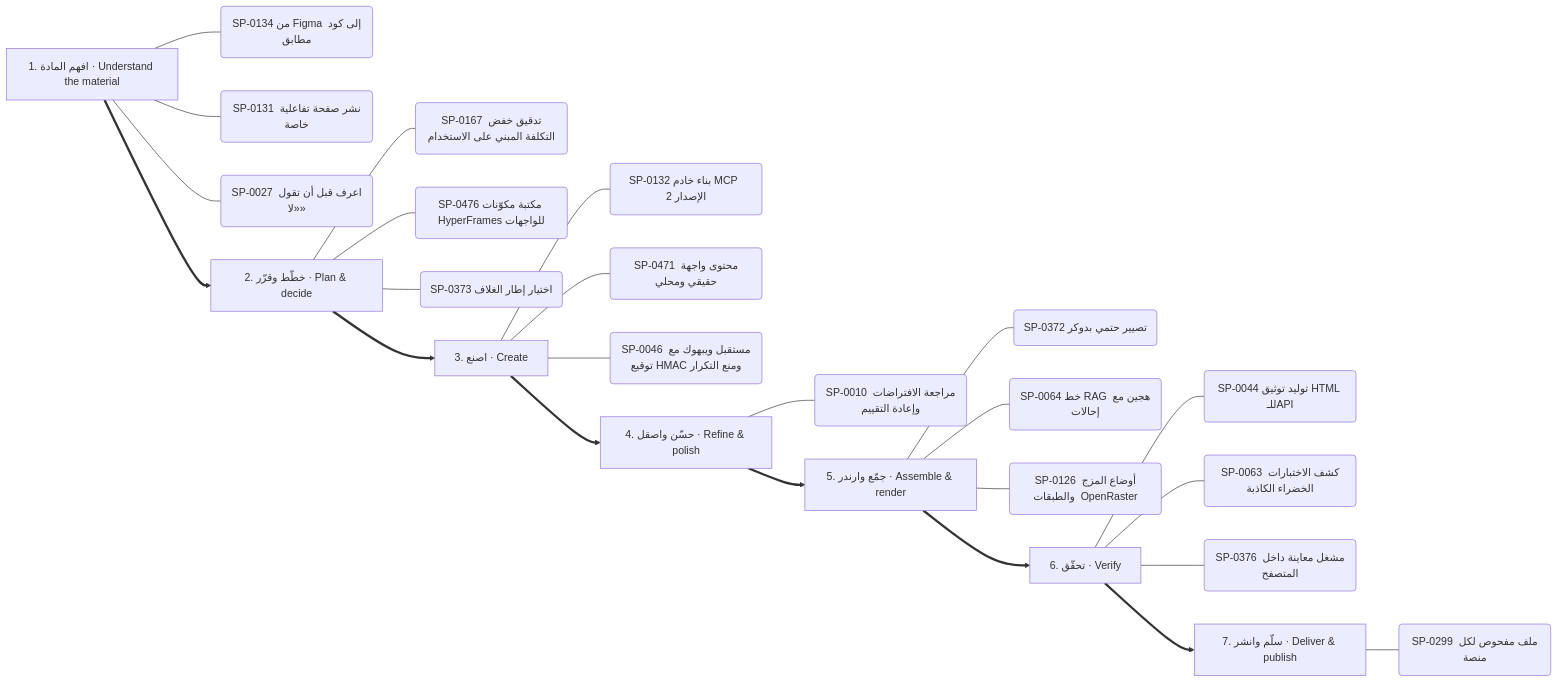
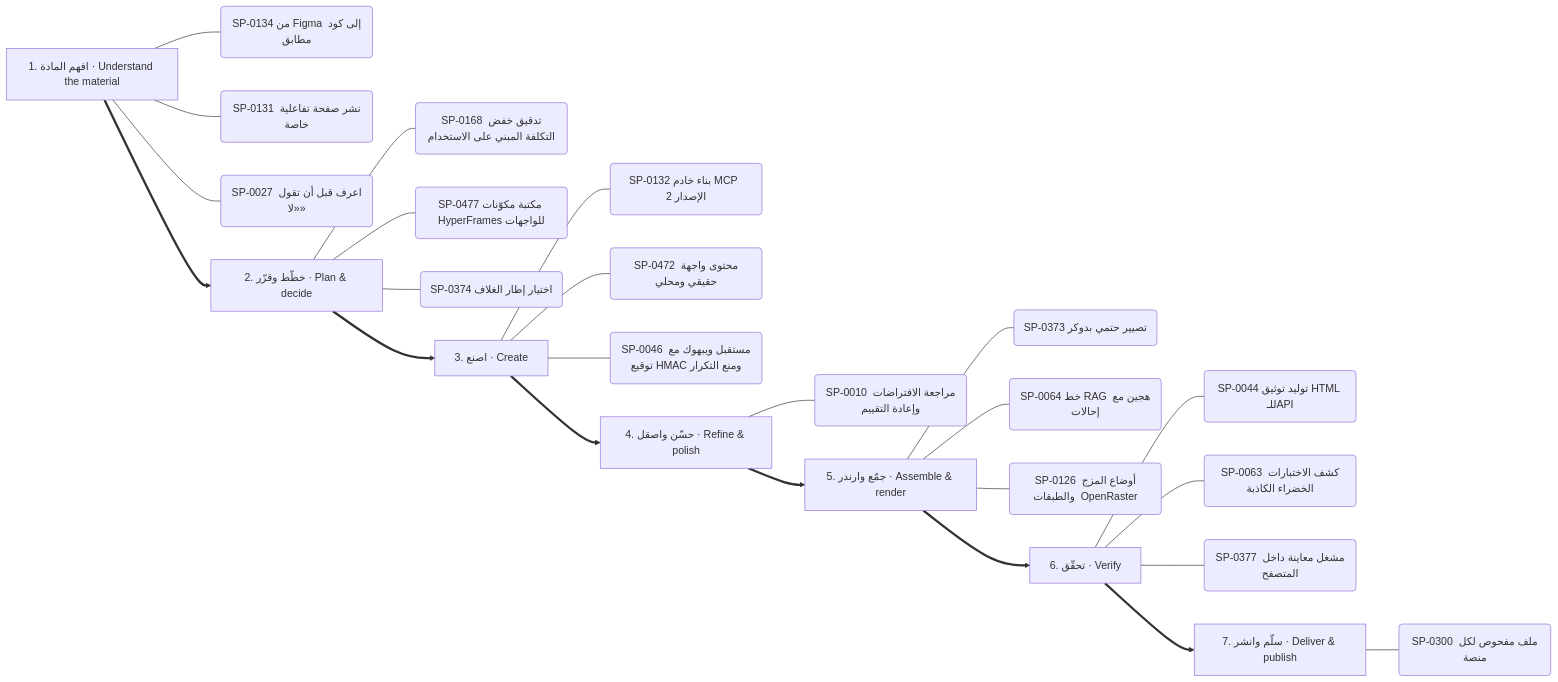
Before and after one commit to kosif199022-jpg/kosif-tool: the ninth of 13 diagrams in .claude/skills/kosif-superpowers/references/capability-mindmap.md, drawn with Mermaid. The commit also changed other lines of this file and 57 other files, not shown here.

````diff
--- a/.claude/skills/kosif-superpowers/references/capability-mindmap.md
+++ b/.claude/skills/kosif-superpowers/references/capability-mindmap.md
@@ -463,33 +463,33 @@
 ```mermaid
 flowchart LR
   S0["1. افهم المادة · Understand the material"]
   S0 --- S0_0("SP-0134 من Figma إلى كود مطابق")
   S0 --- S0_1("SP-0131 نشر صفحة تفاعلية خاصة")
   S0 --- S0_2("SP-0027 اعرف قبل أن تقول «لا»")
   S1["2. خطّط وقرّر · Plan & decide"]
-  S1 --- S1_0("SP-0167 تدقيق خفض التكلفة المبني على الاستخدام")
-  S1 --- S1_1("SP-0476 مكتبة مكوّنات HyperFrames للواجهات")
-  S1 --- S1_2("SP-0373 اختيار إطار الغلاف")
+  S1 --- S1_0("SP-0168 تدقيق خفض التكلفة المبني على الاستخدام")
+  S1 --- S1_1("SP-0477 مكتبة مكوّنات HyperFrames للواجهات")
+  S1 --- S1_2("SP-0374 اختيار إطار الغلاف")
   S0 ==> S1
   S2["3. اصنع · Create"]
   S2 --- S2_0("SP-0132 بناء خادم MCP  الإصدار 2 ")
-  S2 --- S2_1("SP-0471 محتوى واجهة حقيقي ومحلي")
+  S2 --- S2_1("SP-0472 محتوى واجهة حقيقي ومحلي")
   S2 --- S2_2("SP-0046 مستقبل ويبهوك مع توقيع HMAC ومنع التكرار")
   S1 ==> S2
   S3["4. حسّن واصقل · Refine & polish"]
   S3 --- S3_0("SP-0010 مراجعة الافتراضات وإعادة التقييم")
   S2 ==> S3
   S4["5. جمّع وارندر · Assemble & render"]
-  S4 --- S4_0("SP-0372 تصيير حتمي بدوكر")
+  S4 --- S4_0("SP-0373 تصيير حتمي بدوكر")
   S4 --- S4_1("SP-0064 خط RAG هجين مع إحالات")
   S4 --- S4_2("SP-0126 أوضاع المزج والطبقات  OpenRaster ")
   S3 ==> S4
   S5["6. تحقّق · Verify"]
   S5 --- S5_0("SP-0044 توليد توثيق HTML للـAPI")
   S5 --- S5_1("SP-0063 كشف الاختبارات الخضراء الكاذبة")
-  S5 --- S5_2("SP-0376 مشغل معاينة داخل المتصفح")
+  S5 --- S5_2("SP-0377 مشغل معاينة داخل المتصفح")
   S4 ==> S5
   S6["7. سلّم وانشر · Deliver & publish"]
-  S6 --- S6_0("SP-0299 ملف مفحوص لكل منصة")
+  S6 --- S6_0("SP-0300 ملف مفحوص لكل منصة")
   S5 ==> S6
 ```
````
